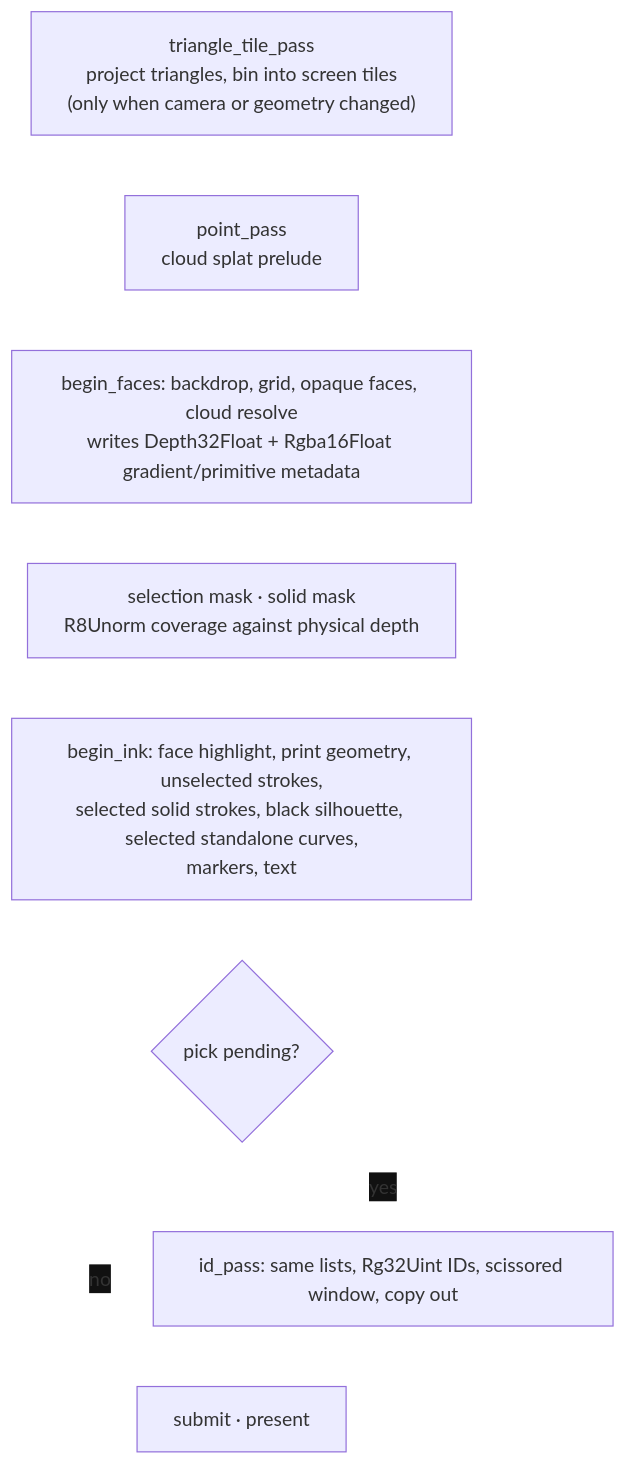
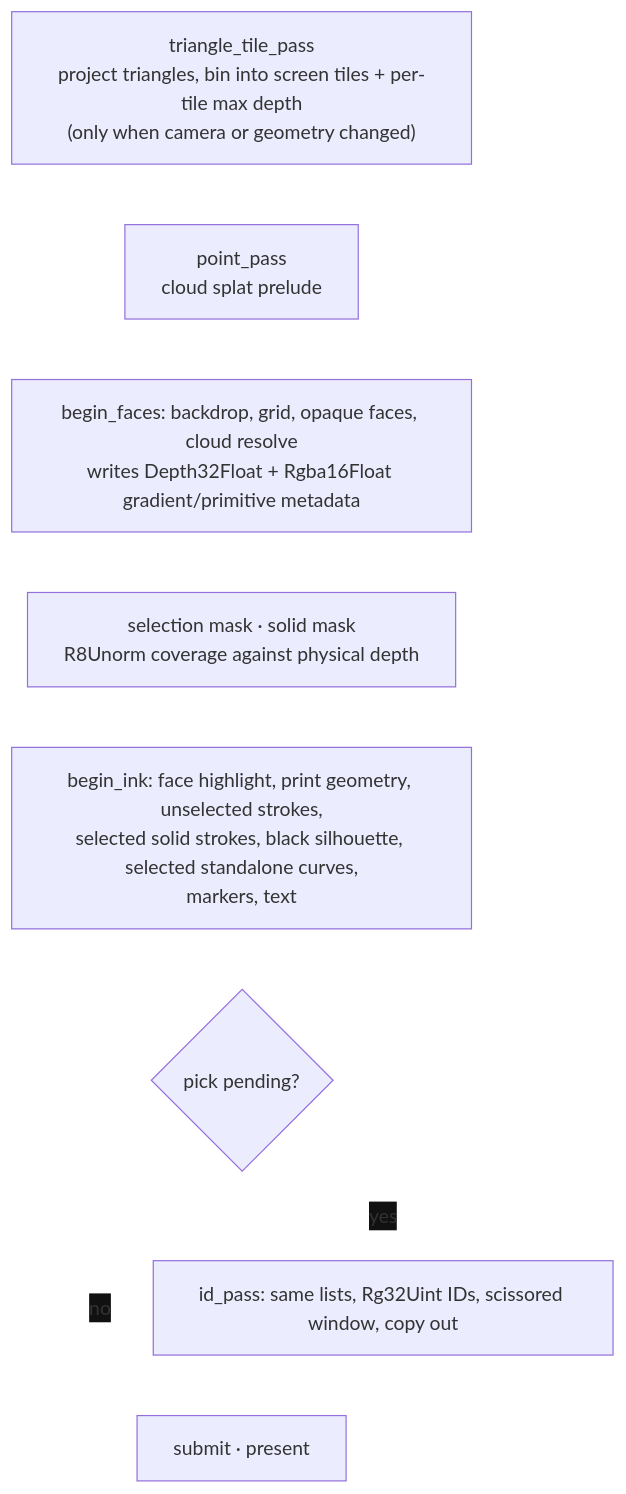
One commit to petrasvestartas/session changed the second of 2 diagrams in session_viewer/ARCHITECTURE.md. Above: the diagram before and after it, drawn with Mermaid. The commit also changed other lines of this file and 517 other files, not shown here.

````diff
--- a/session_viewer/ARCHITECTURE.md
+++ b/session_viewer/ARCHITECTURE.md
@@ -93,12 +134,12 @@
 ```mermaid
 %%{init: {"flowchart": {"useMaxWidth": false, "wrappingWidth": 320}, "themeVariables": {"primaryColor": "#ffffff", "primaryTextColor": "#111111", "primaryBorderColor": "#111111", "lineColor": "#ffffff", "secondaryColor": "#ffffff", "tertiaryColor": "#ffffff", "edgeLabelBackground": "#111111"}}}%%
 flowchart TD
-    A["triangle_tile_pass<br/>project triangles, bin into screen tiles<br/>(only when camera or geometry changed)"] --> B["point_pass<br/>cloud splat prelude"]
+    A["triangle_tile_pass<br/>project triangles, bin into screen tiles + per-tile max depth<br/>(only when camera or geometry changed)"] --> B["point_pass<br/>cloud splat prelude"]
     B --> C["begin_faces: backdrop, grid, opaque faces, cloud resolve<br/>writes Depth32Float + Rgba16Float gradient/primitive metadata"]
     C --> D["selection mask · solid mask<br/>R8Unorm coverage against physical depth"]
     D --> E["begin_ink: face highlight, print geometry, unselected strokes,<br/>selected solid strokes, black silhouette, selected standalone curves,<br/>markers, text"]
     E --> F{"pick pending?"}
     F -- yes --> G["id_pass: same lists, Rg32Uint IDs, scissored window, copy out"]
     F -- no --> H["submit · present"]
     G --> H
 ```
````
